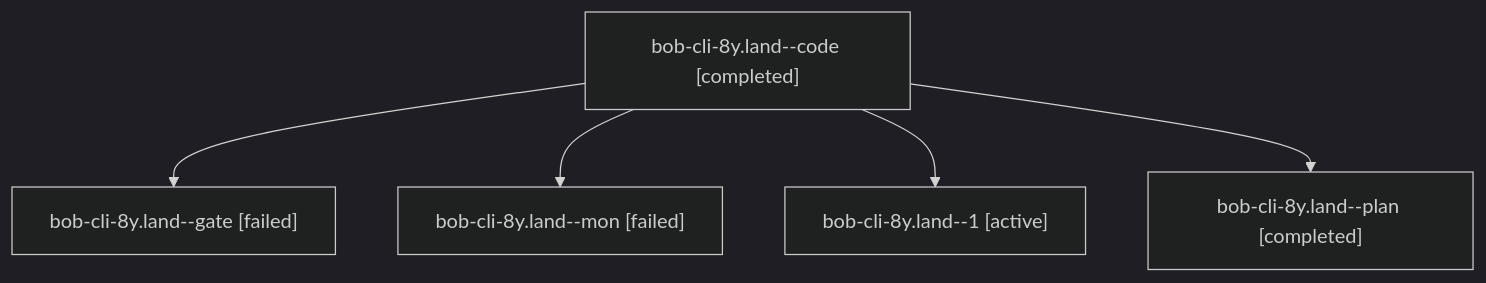
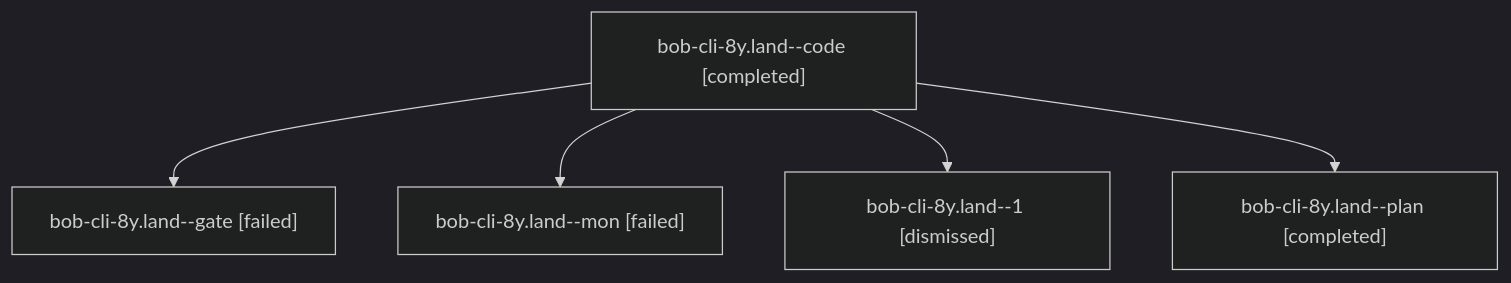
Before and after one commit to bobs-org/bob-cli--agents: the diagram in sessions/bbugyi200.athena.bob-cli-8y.land.md, drawn with Mermaid (dark theme). The commit also changed other lines of this file and 243 other files, not shown here.

````diff
--- a/sessions/bbugyi200.athena.bob-cli-8y.land.md
+++ b/sessions/bbugyi200.athena.bob-cli-8y.land.md
@@ -9,12 +9,12 @@
 ```mermaid
 flowchart TD
   n0["bob-cli-8y.land--code [completed]"]
   n1["bob-cli-8y.land--gate [failed]"]
   n0 --> n1
   n2["bob-cli-8y.land--mon [failed]"]
   n0 --> n2
-  n3["bob-cli-8y.land--1 [active]"]
+  n3["bob-cli-8y.land--1 [dismissed]"]
   n0 --> n3
   n4["bob-cli-8y.land--plan [completed]"]
   n0 --> n4
 ```
````
